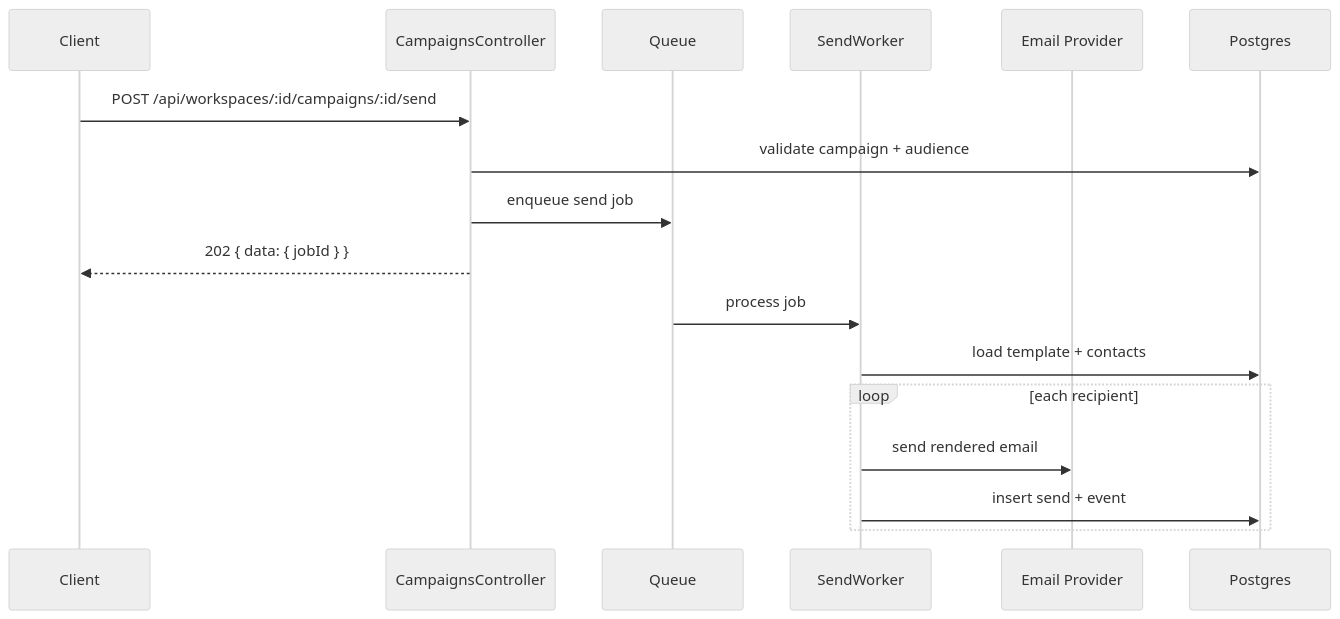
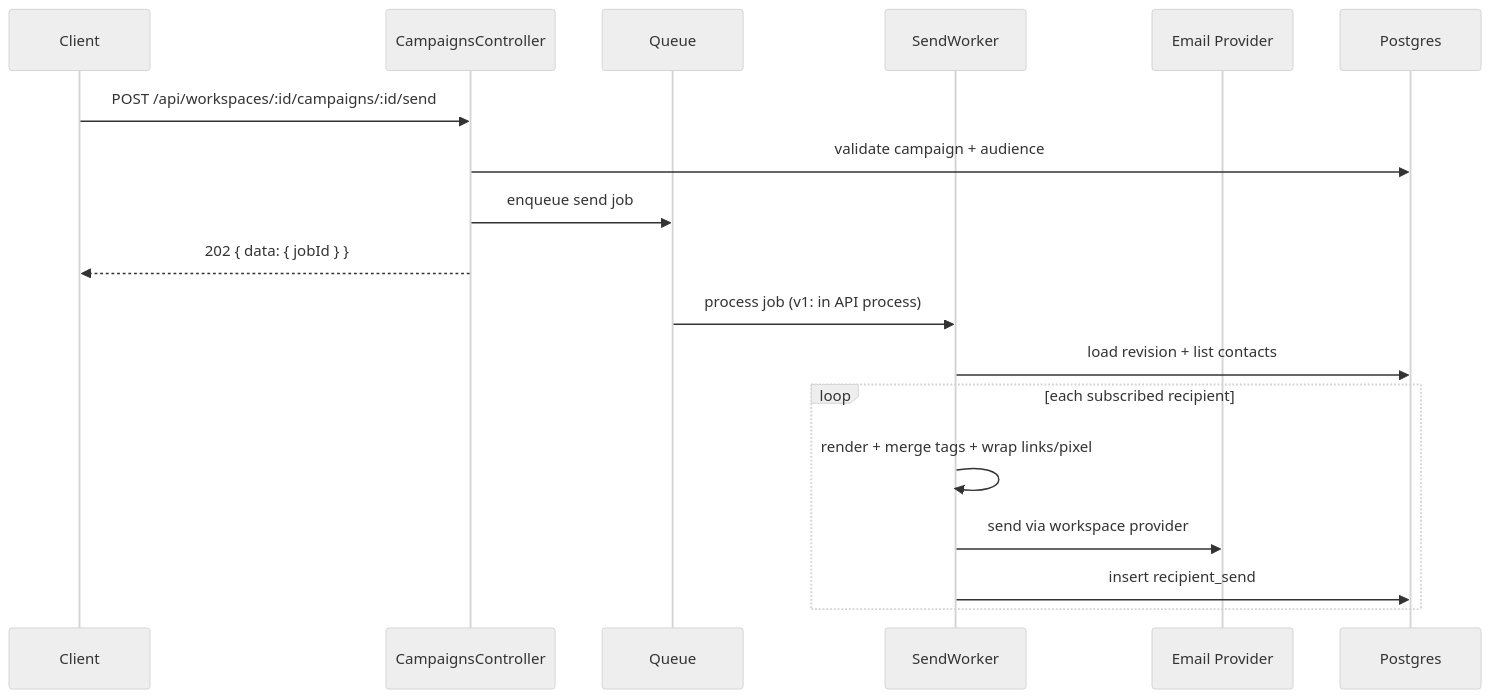
The seventh of 10 diagrams in docs/architecture-roadmap.md (bohdanchornopolskyi/impact-inbox), drawn with Mermaid (neutral theme) before and after one commit. The commit also changed other lines of this file and 7 other files, not shown here.

First line of the commit message:
refactor(docs): update architecture and context documentation for organization and workspace model

````diff
--- a/docs/architecture-roadmap.md
+++ b/docs/architecture-roadmap.md
@@ -255,21 +272,22 @@
 ```mermaid
 sequenceDiagram
   participant C as Client
   participant API as CampaignsController
   participant Q as Queue
   participant W as SendWorker
   participant ESP as Email Provider
   participant DB as Postgres
 
   C->>API: POST /api/workspaces/:id/campaigns/:id/send
   API->>DB: validate campaign + audience
   API->>Q: enqueue send job
   API-->>C: 202 { data: { jobId } }
 
-  Q->>W: process job
-  W->>DB: load template + contacts
-  loop each recipient
-    W->>ESP: send rendered email
-    W->>DB: insert send + event
+  Q->>W: process job (v1: in API process)
+  W->>DB: load revision + list contacts
+  loop each subscribed recipient
+    W->>W: render + merge tags + wrap links/pixel
+    W->>ESP: send via workspace provider
+    W->>DB: insert recipient_send
   end
 ```
````
